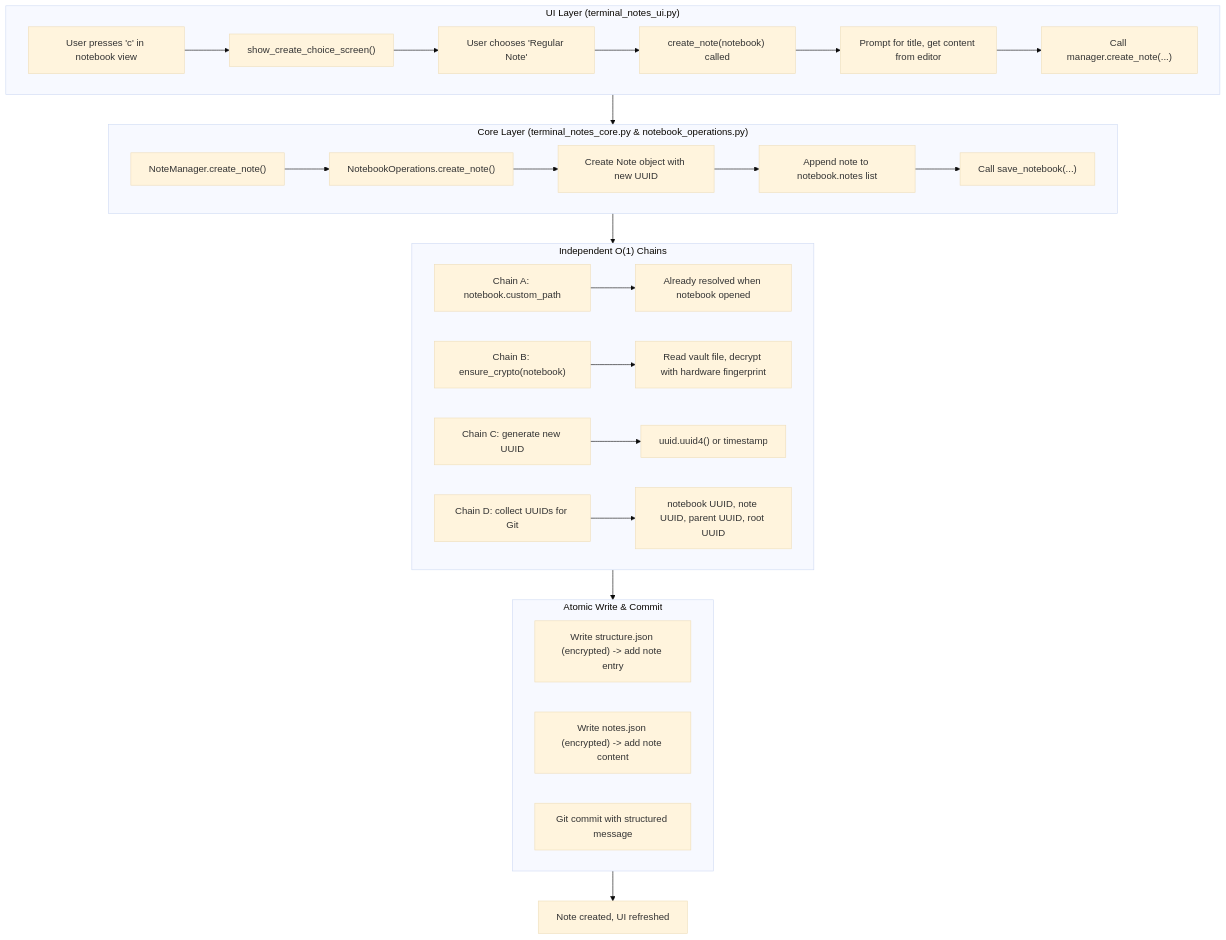
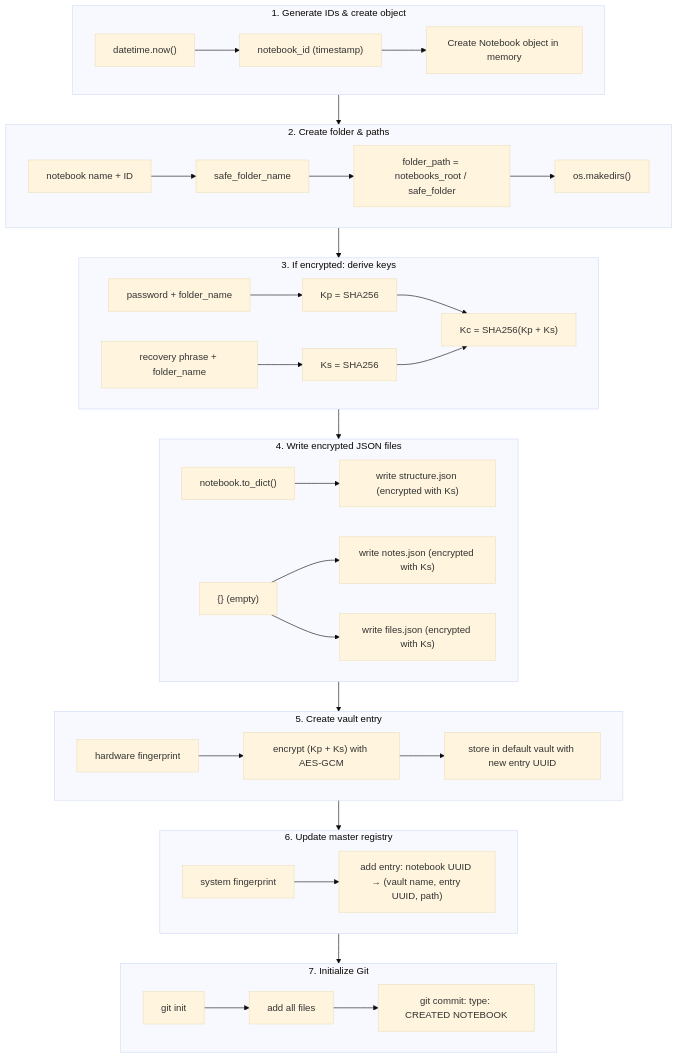
One commit to sys-ronin/rough_docu changed the first of 3 diagrams in UUID.md. Above: the diagram before and after it, drawn with Mermaid (base theme). The commit also changed other lines of this file, not shown here.

````diff
--- a/UUID.md
+++ b/UUID.md
@@ -78,34 +60,41 @@
 ```mermaid
 flowchart TD
-    subgraph UI["UI Layer (terminal_notes_ui.py)"]
-        U1["User presses 'c' in notebook view"] --> U2["show_create_choice_screen()"]
-        U2 --> U3["User chooses 'Regular Note'"]
-        U3 --> U4["create_note(notebook) called"]
-        U4 --> U5["Prompt for title, get content from editor"]
-        U5 --> U6["Call manager.create_note(...)"]
+    subgraph Step1["1. Generate IDs & create object"]
+        A["datetime.now()"] --> B["notebook_id (timestamp)"]
+        B --> C["Create Notebook object in memory"]
     end
 
-    subgraph Core["Core Layer (terminal_notes_core.py & notebook_operations.py)"]
-        C1["NoteManager.create_note()"] --> C2["NotebookOperations.create_note()"]
-        C2 --> C3["Create Note object with new UUID"]
-        C3 --> C4["Append note to notebook.notes list"]
-        C4 --> C5["Call save_notebook(...)"]
+    subgraph Step2["2. Create folder & paths"]
+        D["notebook name + ID"] --> E["safe_folder_name"]
+        E --> F["folder_path = notebooks_root / safe_folder"]
+        F --> G["os.makedirs()"]
     end
 
-    subgraph Chains["Independent O(1) Chains"]
-        CH1["Chain A: notebook.custom_path"] --> CH1a["Already resolved when notebook opened"]
-        CH2["Chain B: ensure_crypto(notebook)"] --> CH2a["Read vault file, decrypt with hardware fingerprint"]
-        CH3["Chain C: generate new UUID"] --> CH3a["uuid.uuid4() or timestamp"]
-        CH4["Chain D: collect UUIDs for Git"] --> CH4a["notebook UUID, note UUID, parent UUID, root UUID"]
+    subgraph Step3["3. If encrypted: derive keys"]
+        H["password + folder_name"] --> I["Kp = SHA256"]
+        J["recovery phrase + folder_name"] --> K["Ks = SHA256"]
+        I & K --> L["Kc = SHA256(Kp + Ks)"]
     end
 
-    subgraph Write["Atomic Write & Commit"]
-        W1["Write structure.json (encrypted) -> add note entry"]
-        W2["Write notes.json (encrypted) -> add note content"]
-        W3["Git commit with structured message"]
+    subgraph Step4["4. Write encrypted JSON files"]
+        M["notebook.to_dict()"] --> N["write structure.json (encrypted with Ks)"]
+        O["{} (empty)"] --> P["write notes.json (encrypted with Ks)"]
+        O --> Q["write files.json (encrypted with Ks)"]
     end
 
-    UI --> Core --> Chains
-    Chains --> Write
-    Write --> Done["Note created, UI refreshed"]
+    subgraph Step5["5. Create vault entry"]
+        R["hardware fingerprint"] --> S["encrypt (Kp + Ks) with AES‑GCM"]
+        S --> T["store in default vault with new entry UUID"]
+    end
+
+    subgraph Step6["6. Update master registry"]
+        U["system fingerprint"] --> V["add entry: notebook UUID → (vault name, entry UUID, path)"]
+    end
+
+    subgraph Step7["7. Initialize Git"]
+        W["git init"] --> X["add all files"]
+        X --> Y["git commit: type: CREATED NOTEBOOK"]
+    end
+
+    Step1 --> Step2 --> Step3 --> Step4 --> Step5 --> Step6 --> Step7
 ```
````
